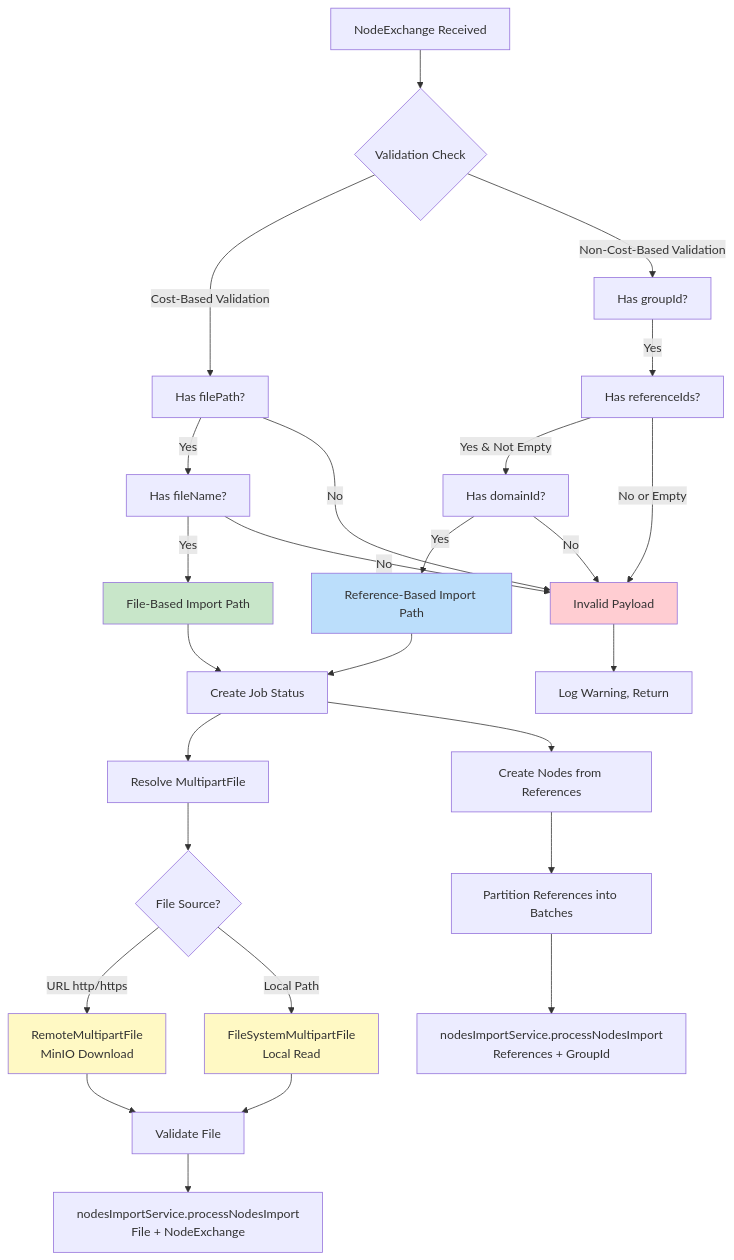
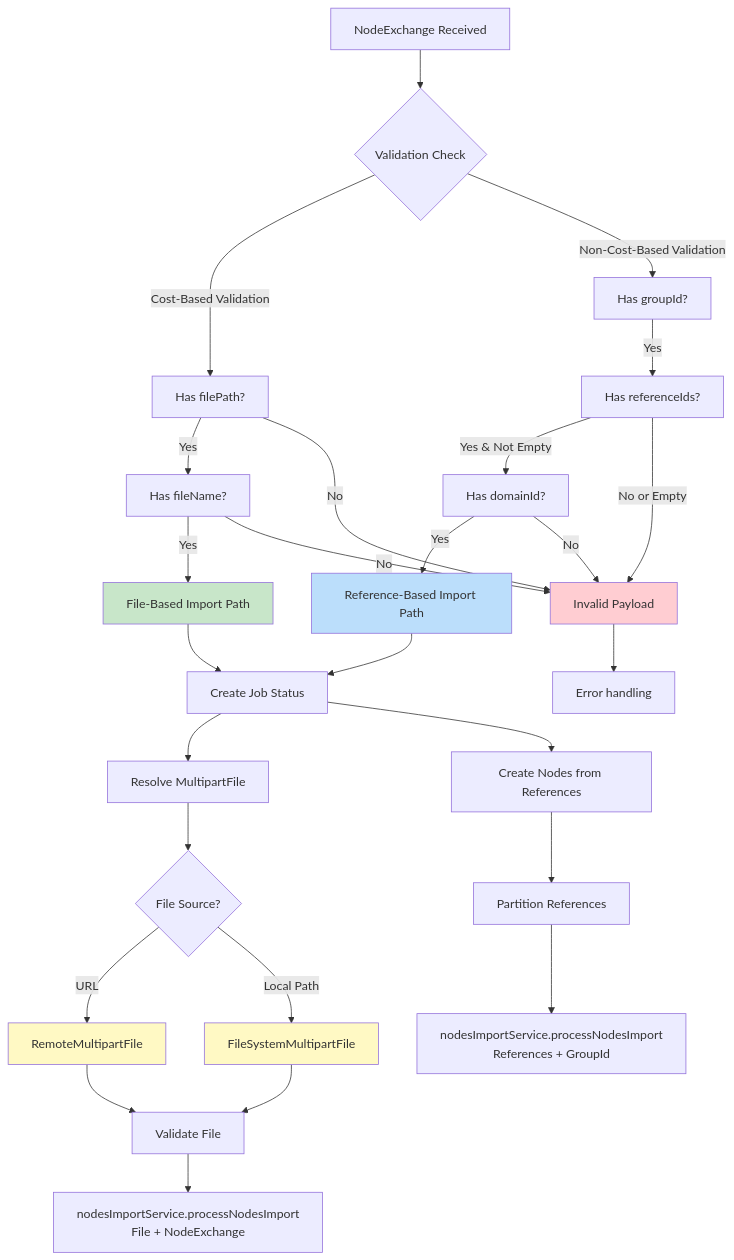
The ninth of 27 diagrams in docs/Low Level Designs/NodesImport.md (kagit00/schedule_x), drawn with Mermaid before and after one commit. The commit also changed other lines of this file and 7 other files, not shown here.

````diff
--- a/docs/Low Level Designs/NodesImport.md
+++ b/docs/Low Level Designs/NodesImport.md
@@ -397,44 +336,44 @@
 ```mermaid
 flowchart TD
     A[NodeExchange Received] --> B{Validation Check}
     
     B -->|Cost-Based Validation| C[Has filePath?]
     C -->|Yes| D[Has fileName?]
     D -->|Yes| E[File-Based Import Path]
     
     B -->|Non-Cost-Based Validation| F[Has groupId?]
     F -->|Yes| G[Has referenceIds?]
     G -->|Yes & Not Empty| H[Has domainId?]
     H -->|Yes| I[Reference-Based Import Path]
     
     E --> J[Create Job Status]
     I --> J
     
     J --> K[Resolve MultipartFile]
     J --> L[Create Nodes from References]
     
     K --> M{File Source?}
-    M -->|URL http/https| N[RemoteMultipartFile<br/>MinIO Download]
-    M -->|Local Path| O[FileSystemMultipartFile<br/>Local Read]
+    M -->|URL| N[RemoteMultipartFile]
+    M -->|Local Path| O[FileSystemMultipartFile]
     
     N --> P[Validate File]
     O --> P
     
     P --> Q[nodesImportService.processNodesImport<br/>File + NodeExchange]
     
-    L --> R[Partition References into Batches]
+    L --> R[Partition References]
     R --> S[nodesImportService.processNodesImport<br/>References + GroupId]
     
     C -->|No| T[Invalid Payload]
     D -->|No| T
     G -->|No or Empty| T
     H -->|No| T
     
-    T --> U[Log Warning, Return]
+    T --> U[Error handling]
     
     style E fill:#C8E6C9
     style I fill:#BBDEFB
     style N fill:#FFF9C4
     style O fill:#FFF9C4
     style T fill:#FFCDD2
 ```
````
